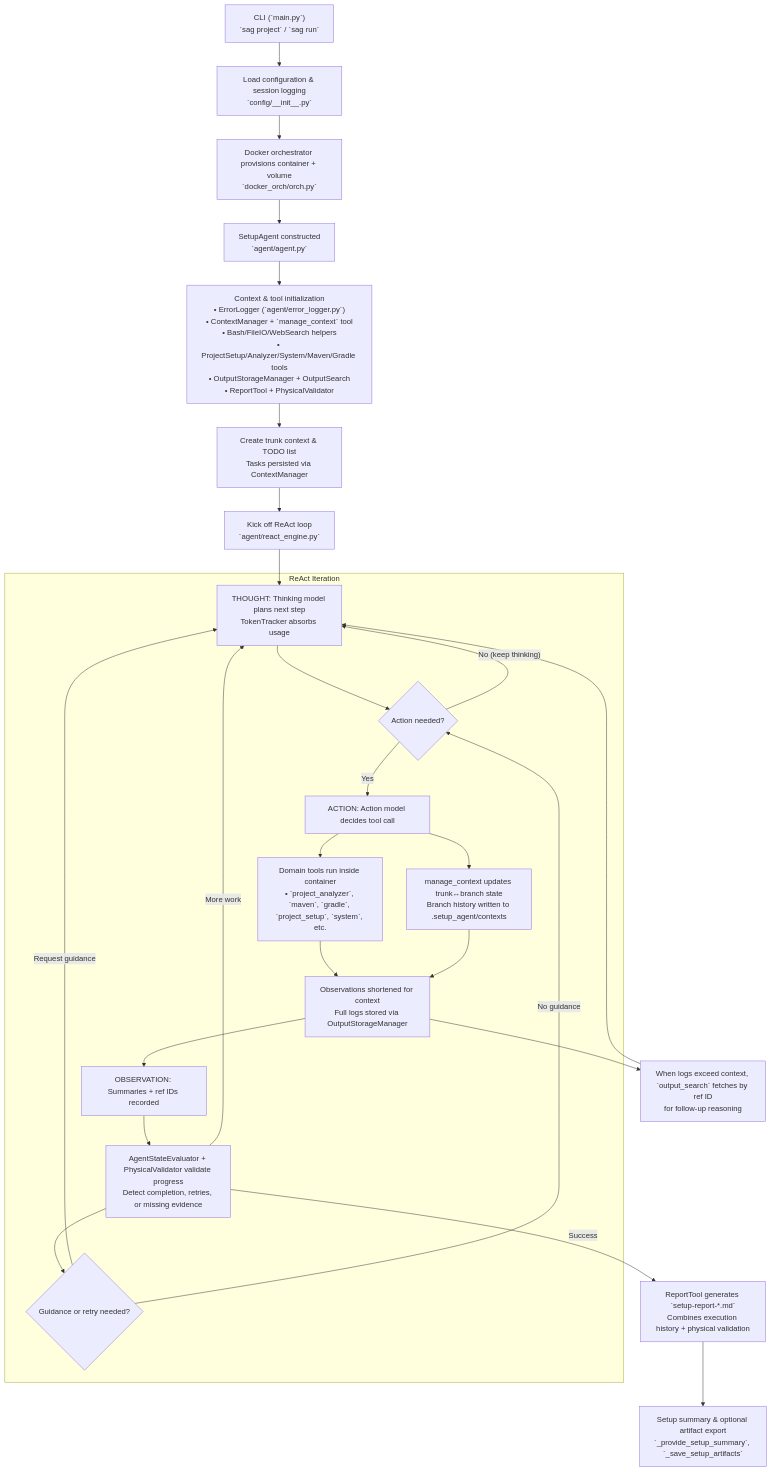
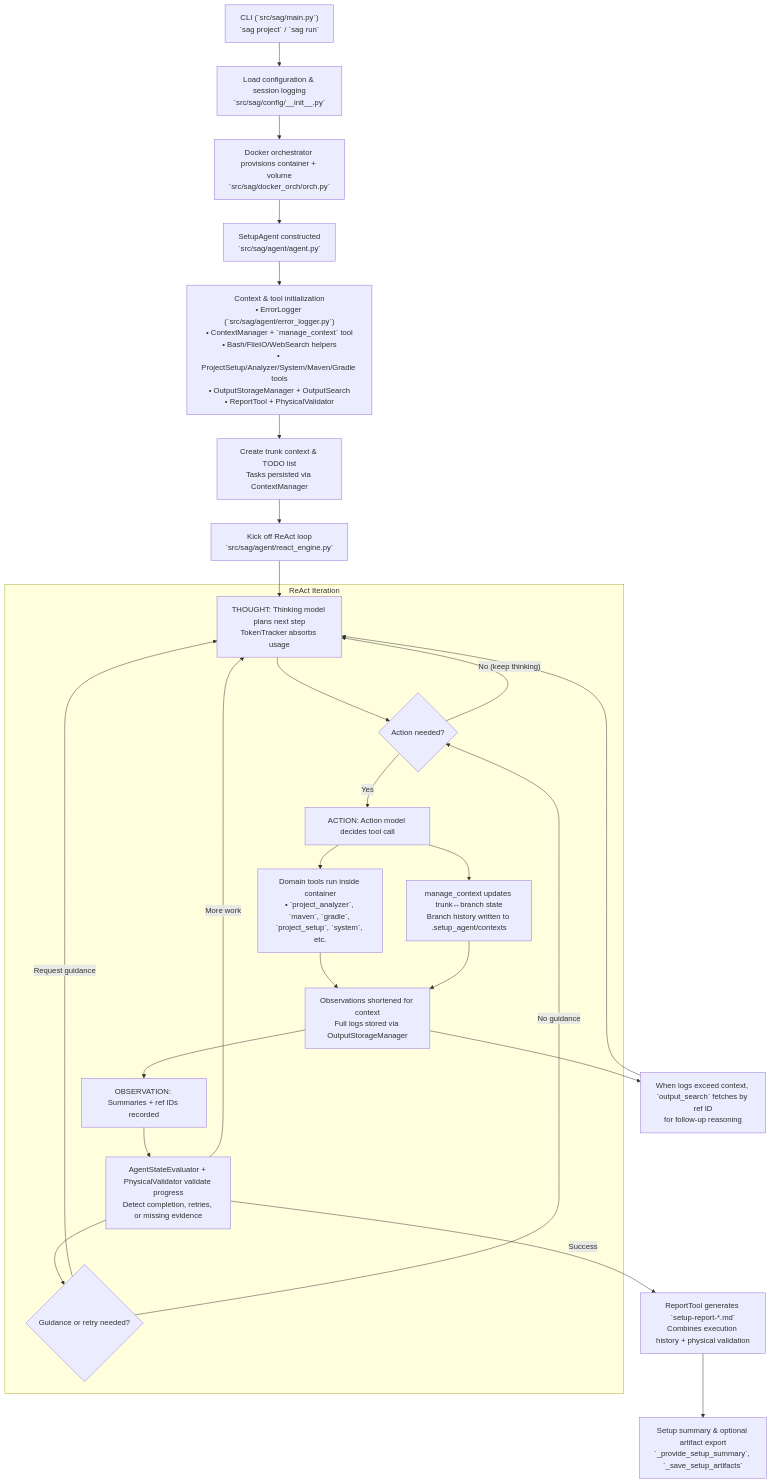
Before and after one commit to Codegass/Setup-Agent: the diagram in README.md, drawn with Mermaid. The commit also changed other lines of this file and 40 other files, not shown here.

````diff
--- a/README.md
+++ b/README.md
@@ -105,41 +105,41 @@
 ```mermaid
 flowchart TD
-    CLI["CLI (`main.py`)<br/>`sag project` / `sag run`"]
-    Config["Load configuration & session logging<br/>`config/__init__.py`"]
-    Docker["Docker orchestrator provisions container + volume<br/>`docker_orch/orch.py`"]
-    AgentInit["SetupAgent constructed<br/>`agent/agent.py`"]
-    ToolsInit["Context & tool initialization<br/>• ErrorLogger (`agent/error_logger.py`)<br/>• ContextManager + `manage_context` tool<br/>• Bash/FileIO/WebSearch helpers<br/>• ProjectSetup/Analyzer/System/Maven/Gradle tools<br/>• OutputStorageManager + OutputSearch<br/>• ReportTool + PhysicalValidator"]
+    CLI["CLI (`src/sag/main.py`)<br/>`sag project` / `sag run`"]
+    Config["Load configuration & session logging<br/>`src/sag/config/__init__.py`"]
+    Docker["Docker orchestrator provisions container + volume<br/>`src/sag/docker_orch/orch.py`"]
+    AgentInit["SetupAgent constructed<br/>`src/sag/agent/agent.py`"]
+    ToolsInit["Context & tool initialization<br/>• ErrorLogger (`src/sag/agent/error_logger.py`)<br/>• ContextManager + `manage_context` tool<br/>• Bash/FileIO/WebSearch helpers<br/>• ProjectSetup/Analyzer/System/Maven/Gradle tools<br/>• OutputStorageManager + OutputSearch<br/>• ReportTool + PhysicalValidator"]
     Trunk["Create trunk context & TODO list<br/>Tasks persisted via ContextManager"]
-    LoopStart["Kick off ReAct loop<br/>`agent/react_engine.py`"]
+    LoopStart["Kick off ReAct loop<br/>`src/sag/agent/react_engine.py`"]
 
     subgraph ReActIteration[ReAct Iteration]
         Think["THOUGHT: Thinking model plans next step<br/>TokenTracker absorbs usage"]
         ActionDecision{Action needed?}
         Act["ACTION: Action model decides tool call"]
         CtxSwitch["manage_context updates trunk↔branch state<br/>Branch history written to .setup_agent/contexts"]
         ToolExec["Domain tools run inside container<br/>• `project_analyzer`, `maven`, `gradle`, `project_setup`, `system`, etc."]
         OutputPersist["Observations shortened for context<br/>Full logs stored via OutputStorageManager"]
         Observation["OBSERVATION: Summaries + ref IDs recorded"]
         StateEval["AgentStateEvaluator + PhysicalValidator validate progress<br/>Detect completion, retries, or missing evidence"]
         Guidance{Guidance or retry needed?}
     end
 
     Report["ReportTool generates `setup-report-*.md`<br/>Combines execution history + physical validation"]
     Completion["Setup summary & optional artifact export<br/>`_provide_setup_summary`, `_save_setup_artifacts`"]
     OutputSearch["When logs exceed context, `output_search` fetches by ref ID
 for follow-up reasoning"]
 
     CLI --> Config --> Docker --> AgentInit --> ToolsInit --> Trunk --> LoopStart
     LoopStart --> Think --> ActionDecision
     ActionDecision -- "No (keep thinking)" --> Think
     ActionDecision -- "Yes" --> Act --> ToolExec --> OutputPersist --> Observation --> StateEval
     Act --> CtxSwitch
     CtxSwitch --> OutputPersist
     OutputPersist --> OutputSearch
     OutputSearch --> Think
     StateEval --> Guidance
     Guidance -- "Request guidance" --> Think
     Guidance -- "No guidance" --> ActionDecision
     StateEval -->|"Success"| Report --> Completion
     StateEval -->|"More work"| Think
 ```
````
